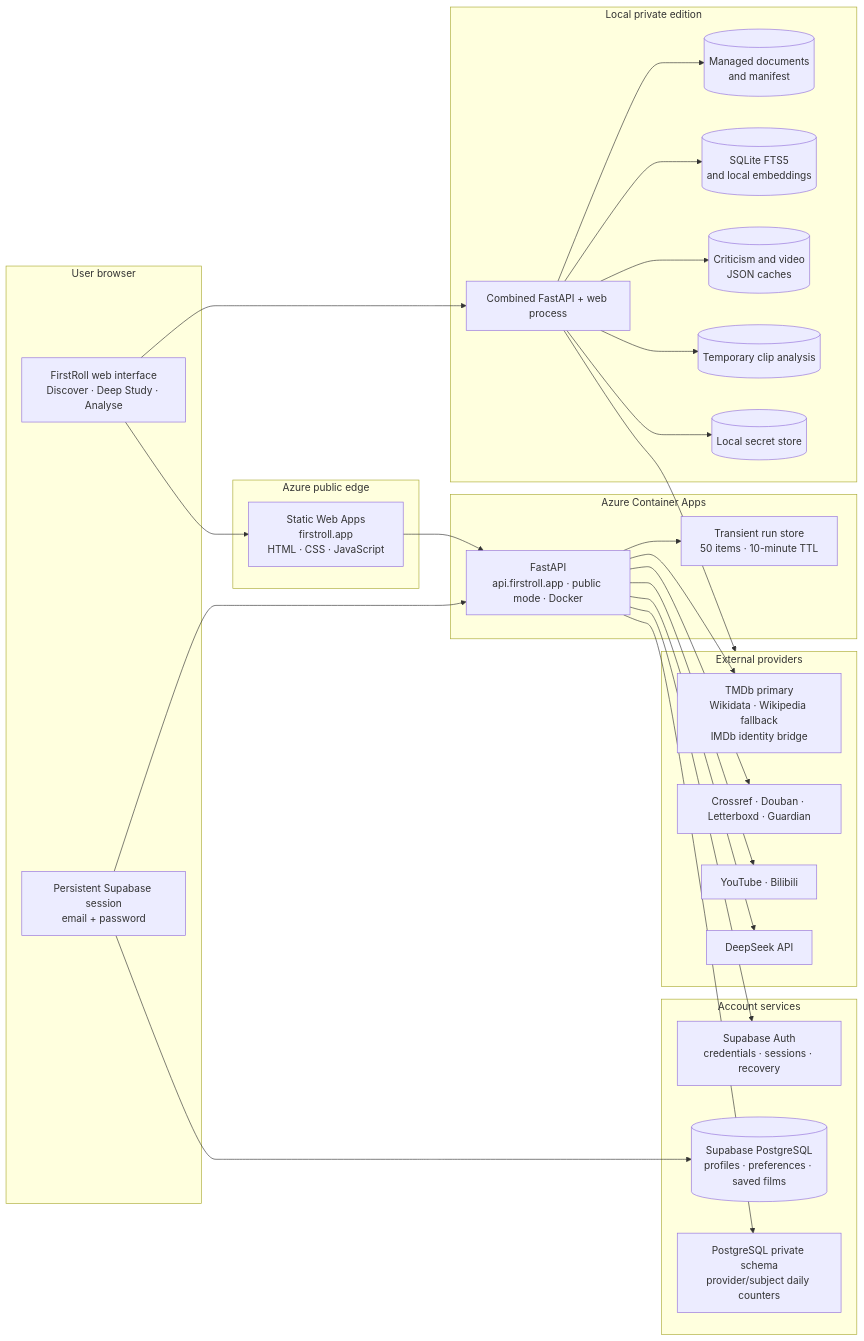
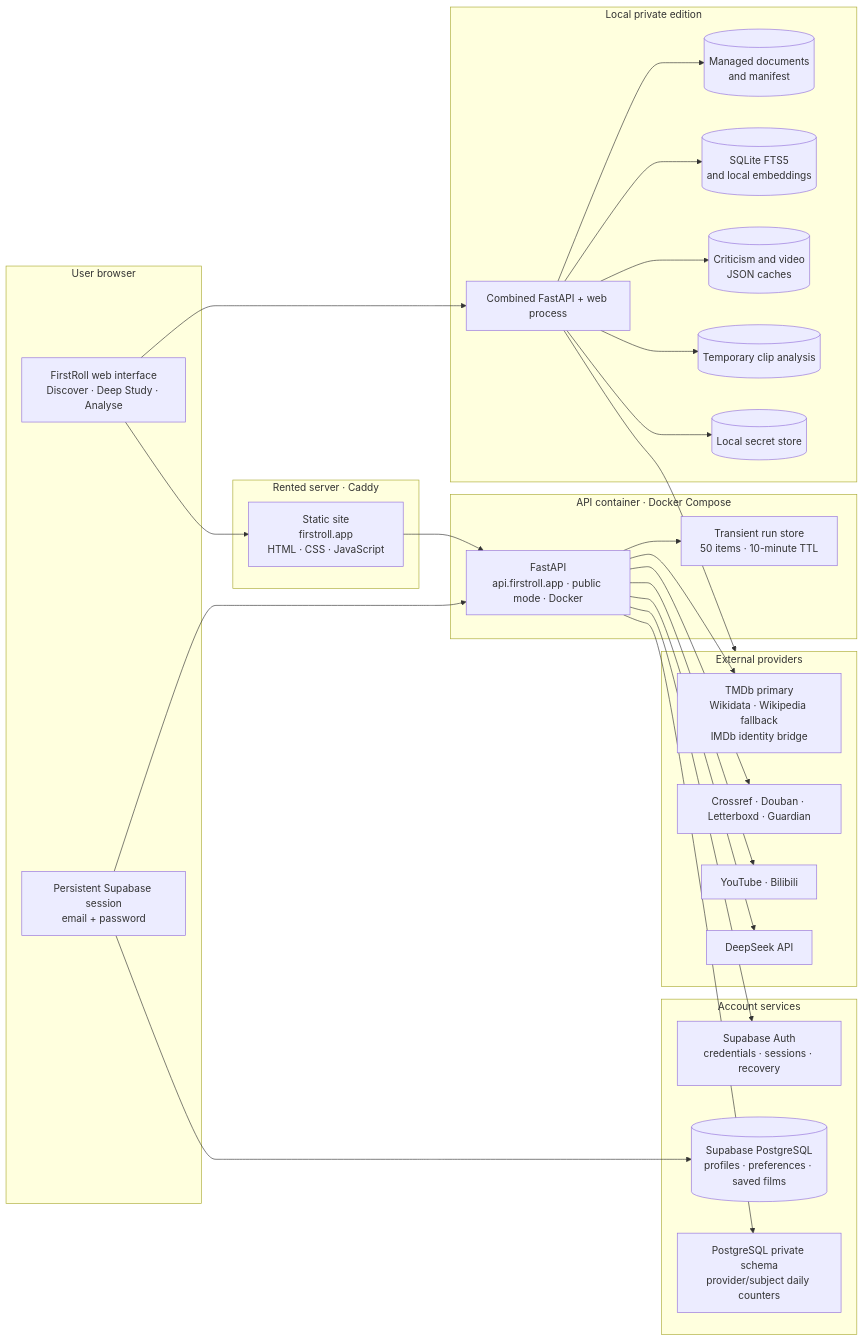
One commit to Luo-Z-Y/FirstRoll changed the first of 2 diagrams in docs/ARCHITECTURE.md. Above: the diagram before and after it, drawn with Mermaid. The commit also changed other lines of this file and 5 other files, not shown here.

First line of the commit message:
Document the single-server hosting path and mark Azure as legacy

````diff
--- a/docs/ARCHITECTURE.md
+++ b/docs/ARCHITECTURE.md
@@ -12,58 +13,58 @@
 ```mermaid
 flowchart LR
     subgraph Browser["User browser"]
         UI["FirstRoll web interface<br/>Discover · Deep Study · Analyse"]
         Session["Persistent Supabase session<br/>email + password"]
     end
 
-    subgraph Azure["Azure public edge"]
-        Static["Static Web Apps<br/>firstroll.app<br/>HTML · CSS · JavaScript"]
+    subgraph Server["Rented server · Caddy"]
+        Static["Static site<br/>firstroll.app<br/>HTML · CSS · JavaScript"]
     end
 
-    subgraph ContainerApps["Azure Container Apps"]
+    subgraph ContainerApps["API container · Docker Compose"]
         API["FastAPI<br/>api.firstroll.app · public mode · Docker"]
         Runs["Transient run store<br/>50 items · 10-minute TTL"]
     end
 
     subgraph AccountData["Account services"]
         Auth["Supabase Auth<br/>credentials · sessions · recovery"]
         UserData[("Supabase PostgreSQL<br/>profiles · preferences · saved films")]
         Quota["PostgreSQL private schema<br/>provider/subject daily counters"]
     end
 
     subgraph Local["Local private edition"]
         LocalAPI["Combined FastAPI + web process"]
         Library[("Managed documents<br/>and manifest")]
         Index[("SQLite FTS5<br/>and local embeddings")]
         Caches[("Criticism and video<br/>JSON caches")]
         Clips[("Temporary clip analysis")]
         Secrets[("Local secret store")]
     end
 
     subgraph Providers["External providers"]
         FilmData["TMDb primary<br/>Wikidata · Wikipedia fallback<br/>IMDb identity bridge"]
         Criticism["Crossref · Douban · Letterboxd · Guardian"]
         Video["YouTube · Bilibili"]
         DeepSeek["DeepSeek API"]
     end
 
     UI --> Static
     Static --> API
     Session --> API
     API --> Auth
     Session --> UserData
     API --> Quota
     API --> Runs
     API --> FilmData
     API --> Criticism
     API --> Video
     API --> DeepSeek
 
     UI --> LocalAPI
     LocalAPI --> Library
     LocalAPI --> Index
     LocalAPI --> Caches
     LocalAPI --> Clips
     LocalAPI --> Secrets
     LocalAPI --> Providers
 ```
````
